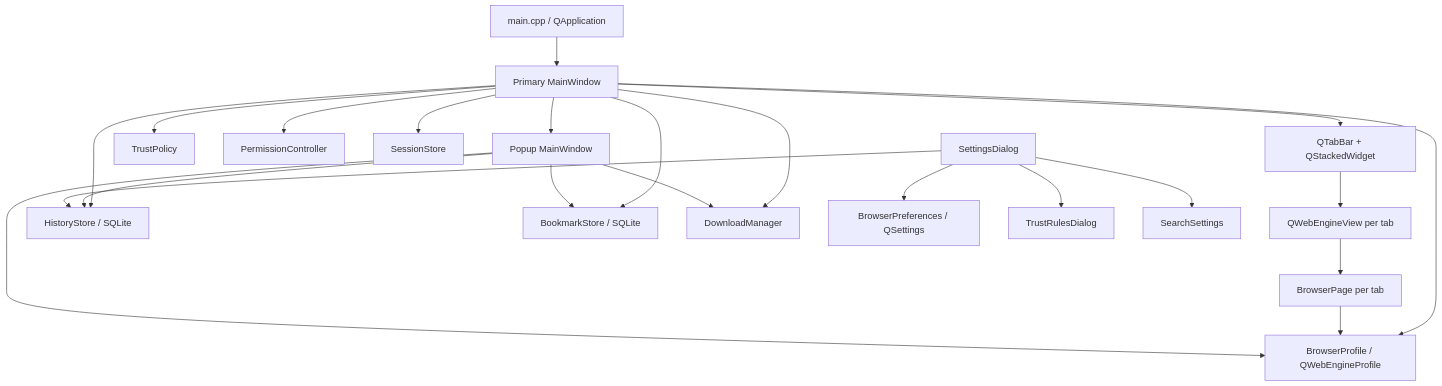
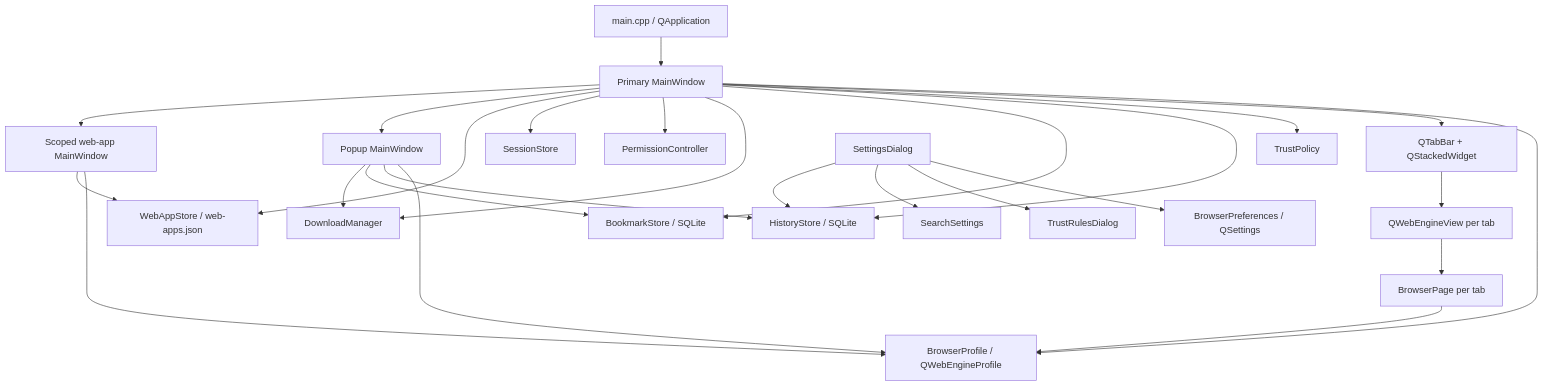
One commit to tavvet/pan-browser changed the first of 2 diagrams in docs/ARCHITECTURE.md. Above: the diagram before and after it, drawn with Mermaid. The commit also changed other lines of this file and 19 other files, not shown here.

Commit message:
Add installable web apps

````diff
--- a/docs/ARCHITECTURE.md
+++ b/docs/ARCHITECTURE.md
@@ -36,27 +36,31 @@
 ```mermaid
 flowchart TD
     App["main.cpp / QApplication"] --> MW["Primary MainWindow"]
     MW --> Profile["BrowserProfile / QWebEngineProfile"]
     MW --> Tabs["QTabBar + QStackedWidget"]
     Tabs --> View["QWebEngineView per tab"]
     View --> Page["BrowserPage per tab"]
     Page --> Profile
 
     MW --> Trust["TrustPolicy"]
     MW --> History["HistoryStore / SQLite"]
     MW --> Bookmarks["BookmarkStore / SQLite"]
     MW --> Downloads["DownloadManager"]
     MW --> Permissions["PermissionController"]
     MW --> Session["SessionStore"]
+    MW --> WebApps["WebAppStore / web-apps.json"]
 
     Popup["Popup MainWindow"] --> Profile
     Popup --> History
     Popup --> Bookmarks
     Popup --> Downloads
     MW --> Popup
+    AppWindow["Scoped web-app MainWindow"] --> Profile
+    AppWindow --> WebApps
+    MW --> AppWindow
 
     Settings["SettingsDialog"] --> Preferences["BrowserPreferences / QSettings"]
     Settings --> TrustEditor["TrustRulesDialog"]
     Settings --> Search["SearchSettings"]
     Settings --> History
 ```
````
